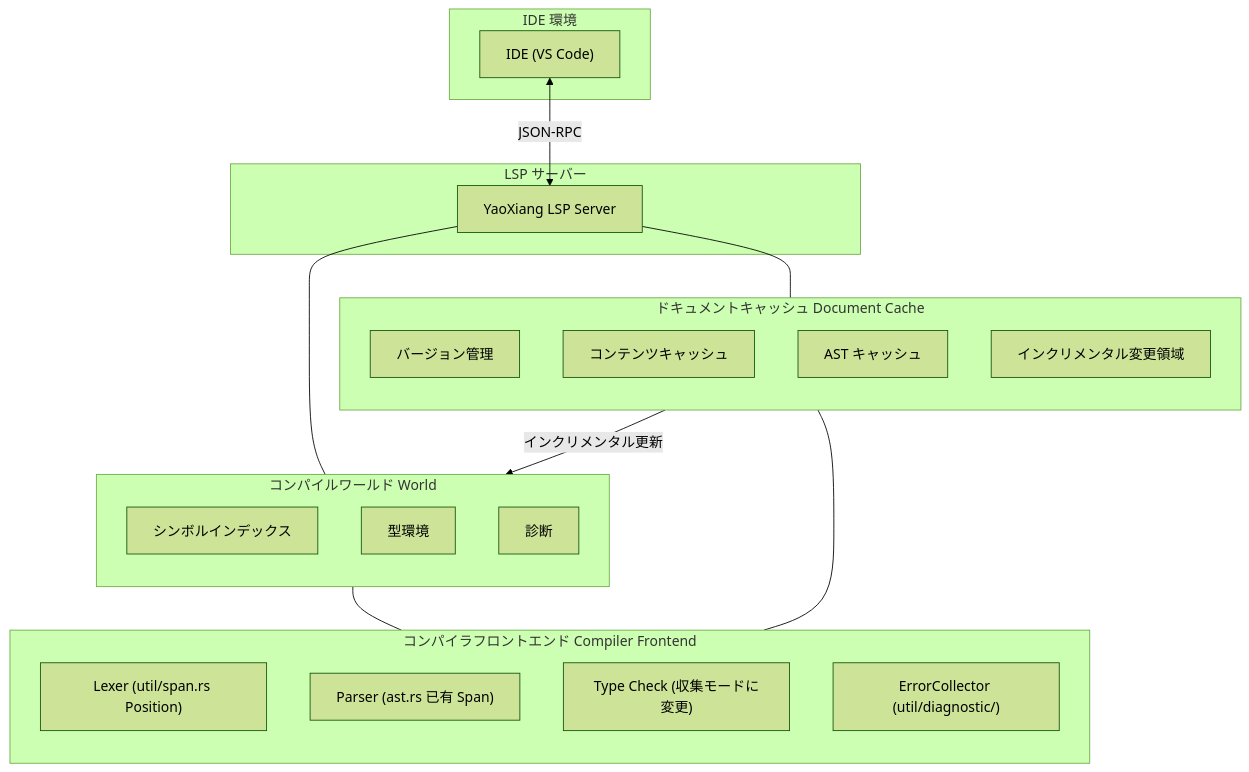
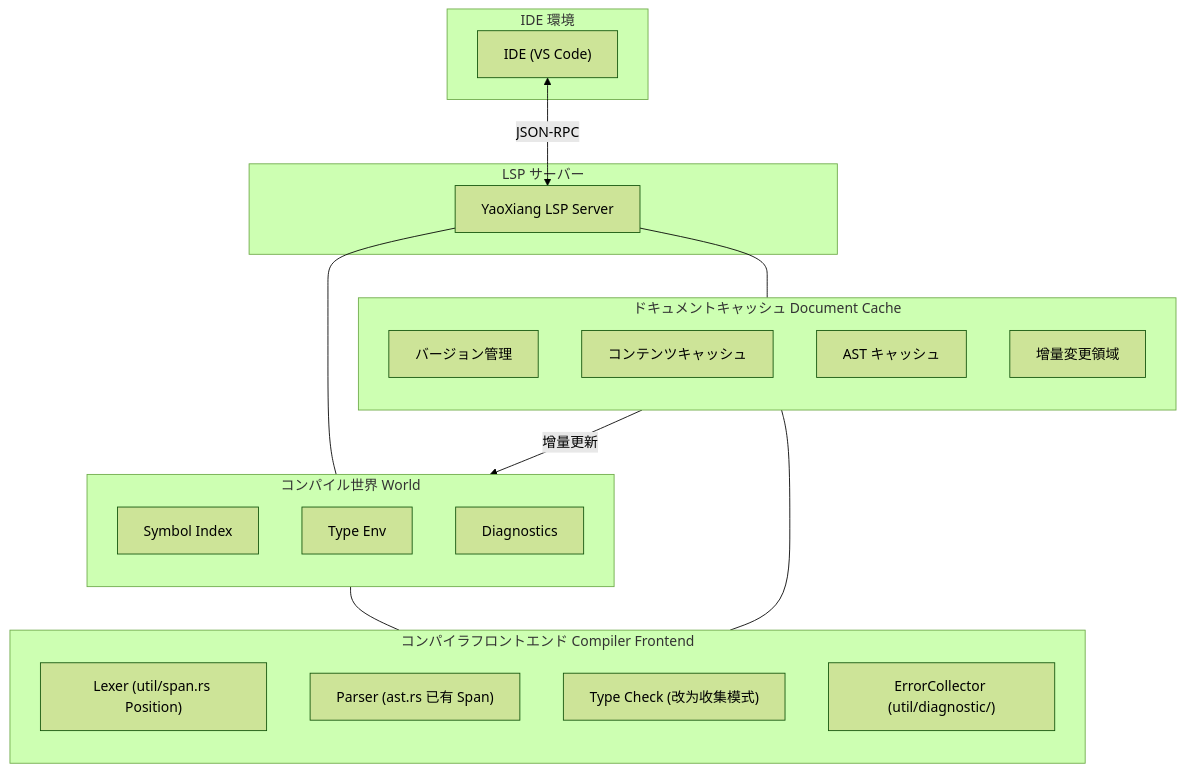
One commit to ChenXu233/YaoXiang changed the diagram in docs/src/ja/design/rfc/accepted/017-lsp-support.md. Above: the diagram before and after it, drawn with Mermaid (forest theme). The commit also changed other lines of this file and 37 other files, not shown here.

````diff
--- a/docs/src/ja/design/rfc/accepted/017-lsp-support.md
+++ b/docs/src/ja/design/rfc/accepted/017-lsp-support.md
@@ -142,43 +141,43 @@
 ```mermaid
 flowchart TD
     subgraph IDE_Environment [IDE 環境]
         IDE["IDE (VS Code)"]
     end
 
     subgraph LSP_Server [LSP サーバー]
         LSP["YaoXiang LSP Server"]
     end
 
-    subgraph World_Compile [コンパイルワールド World]
+    subgraph World_Compile [コンパイル世界 World]
         direction TB
-        W_Symbol["シンボルインデックス"]
-        W_Type["型環境"]
-        W_Diag["診断"]
+        W_Symbol["Symbol Index"]
+        W_Type["Type Env"]
+        W_Diag["Diagnostics"]
     end
 
     subgraph Cache [ドキュメントキャッシュ Document Cache]
         direction TB
         C_Version["バージョン管理"]
         C_Content["コンテンツキャッシュ"]
         C_AST["AST キャッシュ"]
-        C_Delta["インクリメンタル変更領域"]
+        C_Delta["增量変更領域"]
     end
 
     subgraph Frontend [コンパイラフロントエンド Compiler Frontend]
         direction TB
         F_Lexer["Lexer (util/span.rs Position)"]
         F_Parser["Parser (ast.rs 已有 Span)"]
-        F_TypeCheck["Type Check (収集モードに変更)"]
+        F_TypeCheck["Type Check (改为收集模式)"]
         F_ErrorCollector["ErrorCollector (util/diagnostic/)"]
     end
 
     IDE <-->|JSON-RPC| LSP
 
     LSP --- World_Compile
     LSP --- Cache
 
-    Cache -- "インクリメンタル更新" --> World_Compile
+    Cache -- "增量更新" --> World_Compile
 
     World_Compile --- Frontend
     Cache --- Frontend
 ```
````
